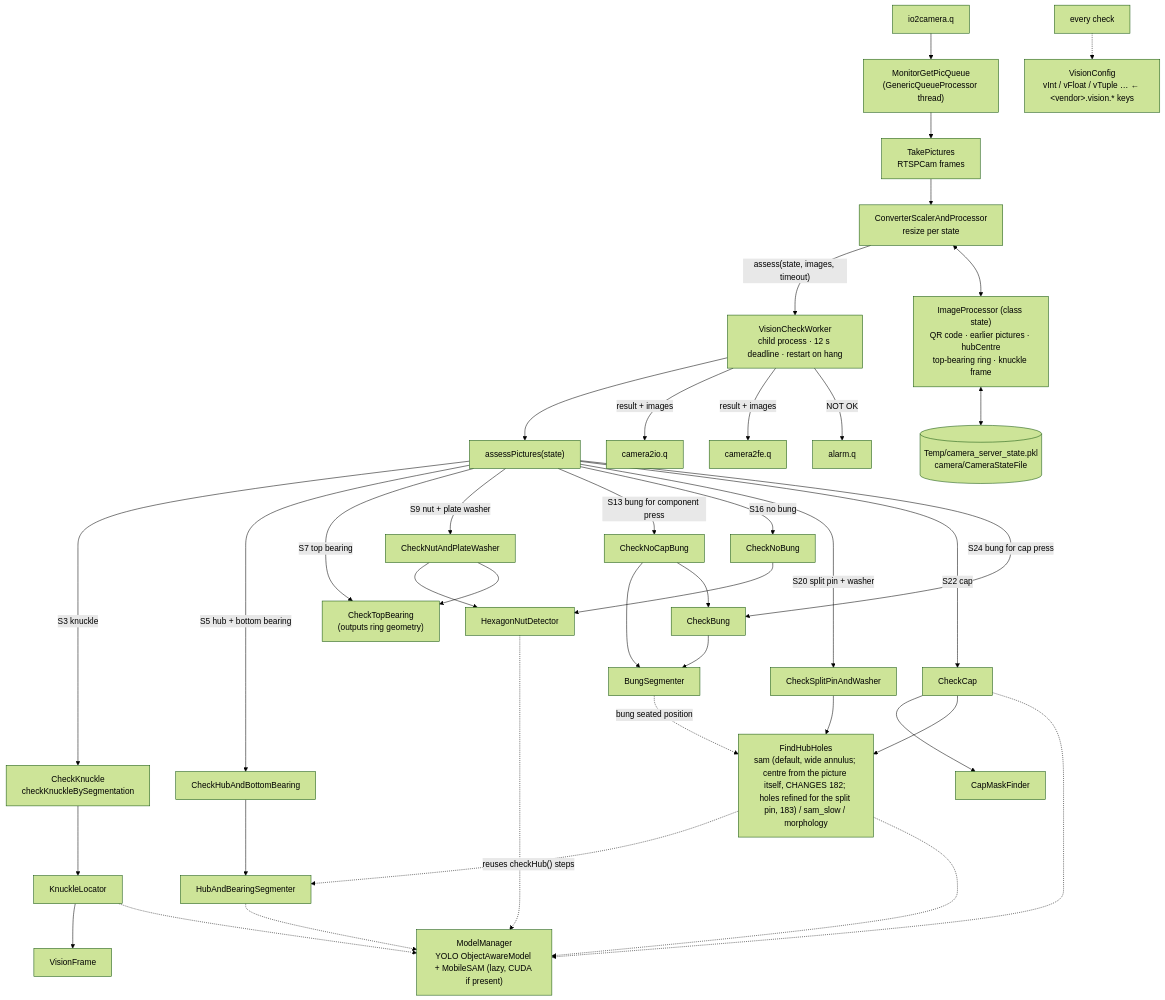
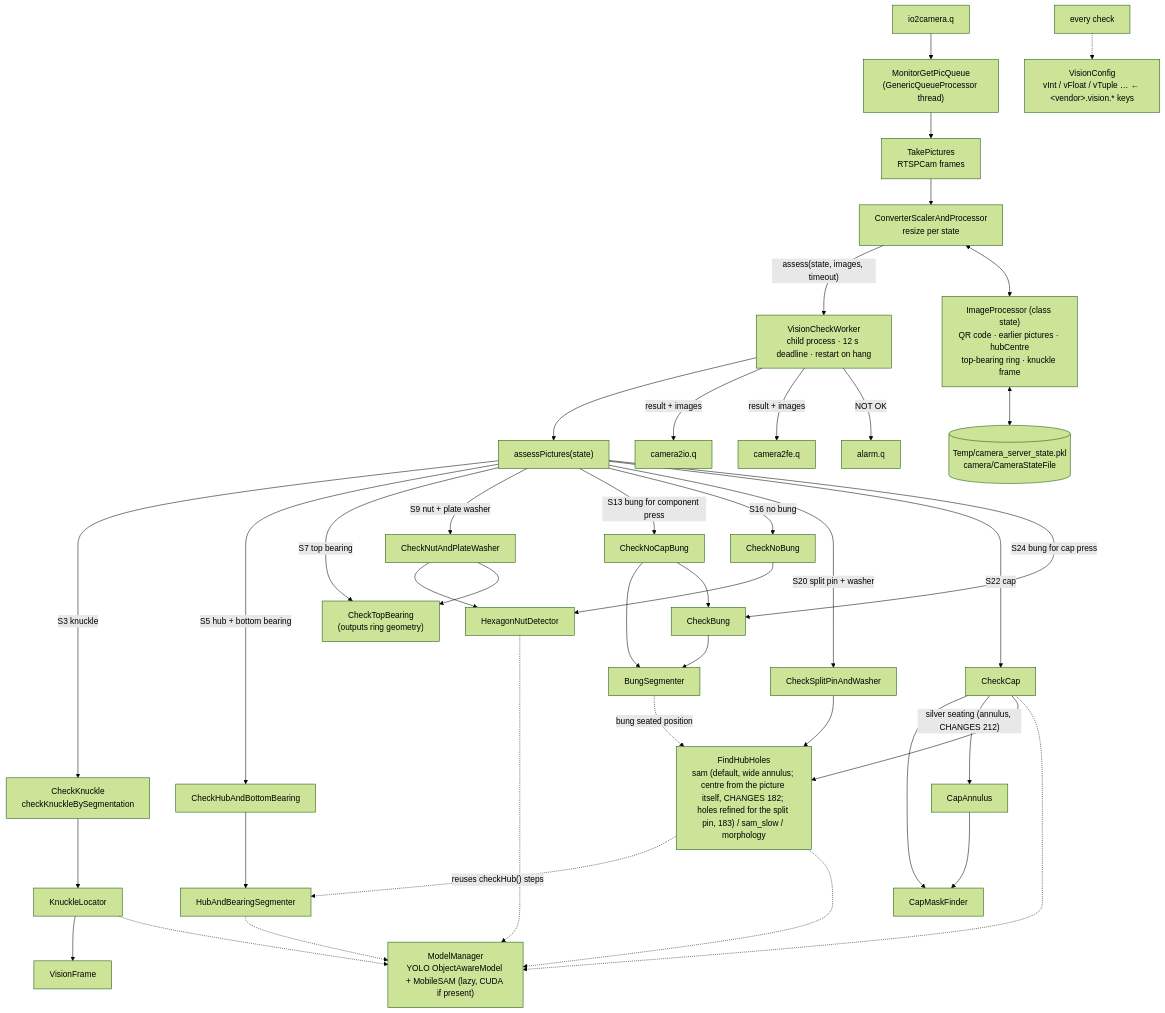
Before and after one commit to UBags/AshokLeyland_Machine2: the diagram in docs/code_graph/3_camera.mmd, drawn with Mermaid (forest theme). The commit also changed 21 other files, not shown here.

First line of the commit message:
212: silver (DOST) cap seating by the annulus (CapAnnulus) in production, vision.cap.annulus.* keys, islands NOT OK limit 450, AND rule recorded; study calls CapAnnulus

```diff
--- a/docs/code_graph/3_camera.mmd
+++ b/docs/code_graph/3_camera.mmd
@@ -1,31 +1,32 @@
 flowchart TB
   IN["io2camera.q"] --> M["MonitorGetPicQueue<br/>(GenericQueueProcessor thread)"]
   M --> T["TakePictures<br/>RTSPCam frames"]
   T --> C["ConverterScalerAndProcessor<br/>resize per state"]
   C -->|"assess(state, images, timeout)"| W["VisionCheckWorker<br/>child process · 12 s deadline · restart on hang"]
   W --> A["assessPictures(state)"]
   IP["ImageProcessor (class state)<br/>QR code · earlier pictures · hubCentre<br/>top-bearing ring · knuckle frame"]
   SF[("Temp/camera_server_state.pkl<br/>camera/CameraStateFile")]
   IP <--> SF
   C <--> IP
   A -->|"S3 knuckle"| K["CheckKnuckle<br/>checkKnuckleBySegmentation"]
   K --> KL["KnuckleLocator"] --> VF["VisionFrame"]
   A -->|"S5 hub + bottom bearing"| H["CheckHubAndBottomBearing"] --> HS["HubAndBearingSegmenter"]
   A -->|"S7 top bearing"| TB["CheckTopBearing<br/>(outputs ring geometry)"]
   A -->|"S9 nut + plate washer"| N["CheckNutAndPlateWasher"] --> HN["HexagonNutDetector"]
   N --> TB
   A -->|"S13 bung for component press"| NCB["CheckNoCapBung"] --> BS["BungSegmenter"]
   NCB --> CB
   A -->|"S16 no bung"| NB["CheckNoBung"] --> HN
   A -->|"S20 split pin + washer"| SP["CheckSplitPinAndWasher"]
   A -->|"S22 cap"| CP["CheckCap"] --> CMF["CapMaskFinder"]
+  CP -->|"silver seating (annulus, CHANGES 212)"| CAN["CapAnnulus"] --> CMF
   A -->|"S24 bung for cap press"| CB["CheckBung"] --> BS
   SP & CP --> FH["FindHubHoles<br/>sam (default, wide annulus; centre from the picture itself, CHANGES 182; holes refined for the split pin, 183) / sam_slow / morphology"]
   BS -.->|"bung seated position"| FH
   FH -.->|"reuses checkHub() steps"| HS
   HS & HN & KL -.-> MM["ModelManager<br/>YOLO ObjectAwareModel + MobileSAM (lazy, CUDA if present)"]
   FH -.-> MM
   CP -.-> MM
   ALLV["every check"] -.-> VC["VisionConfig<br/>vInt / vFloat / vTuple … ← &lt;vendor&gt;.vision.* keys"]
   W -->|"result + images"| OUT1["camera2io.q"] & OUT2["camera2fe.q"]
   W -->|"NOT OK"| OUT3["alarm.q"]
```
